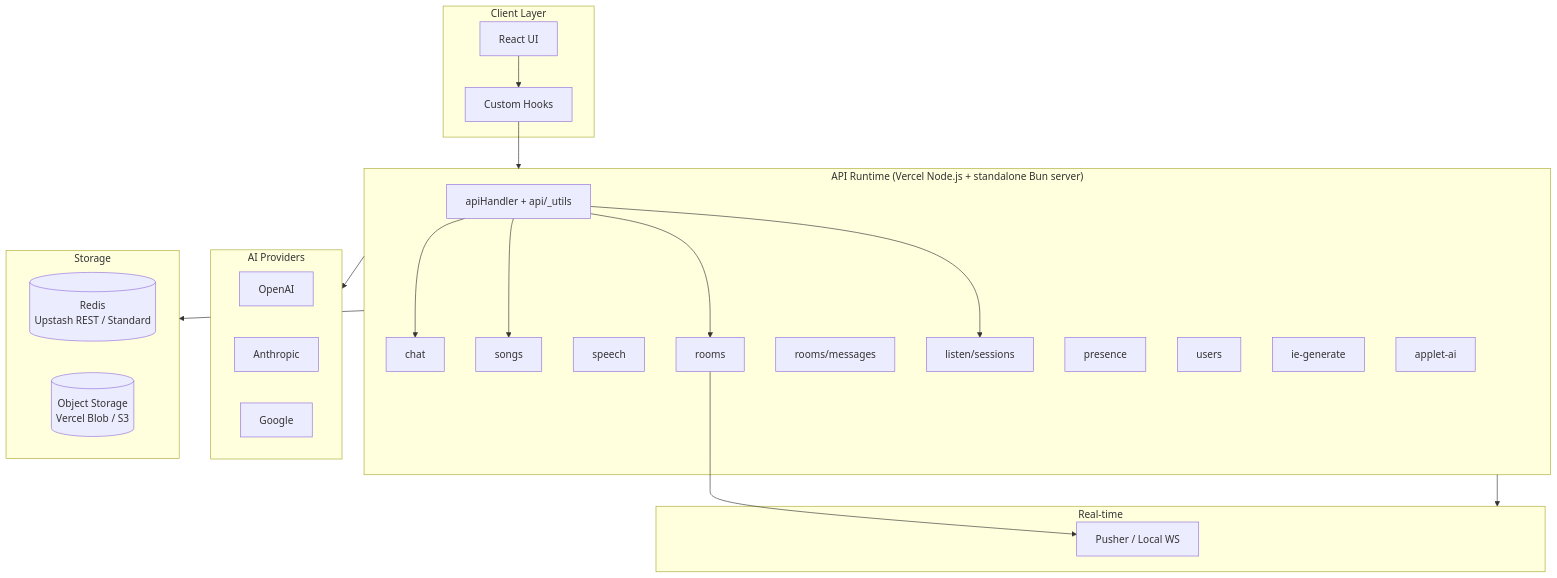
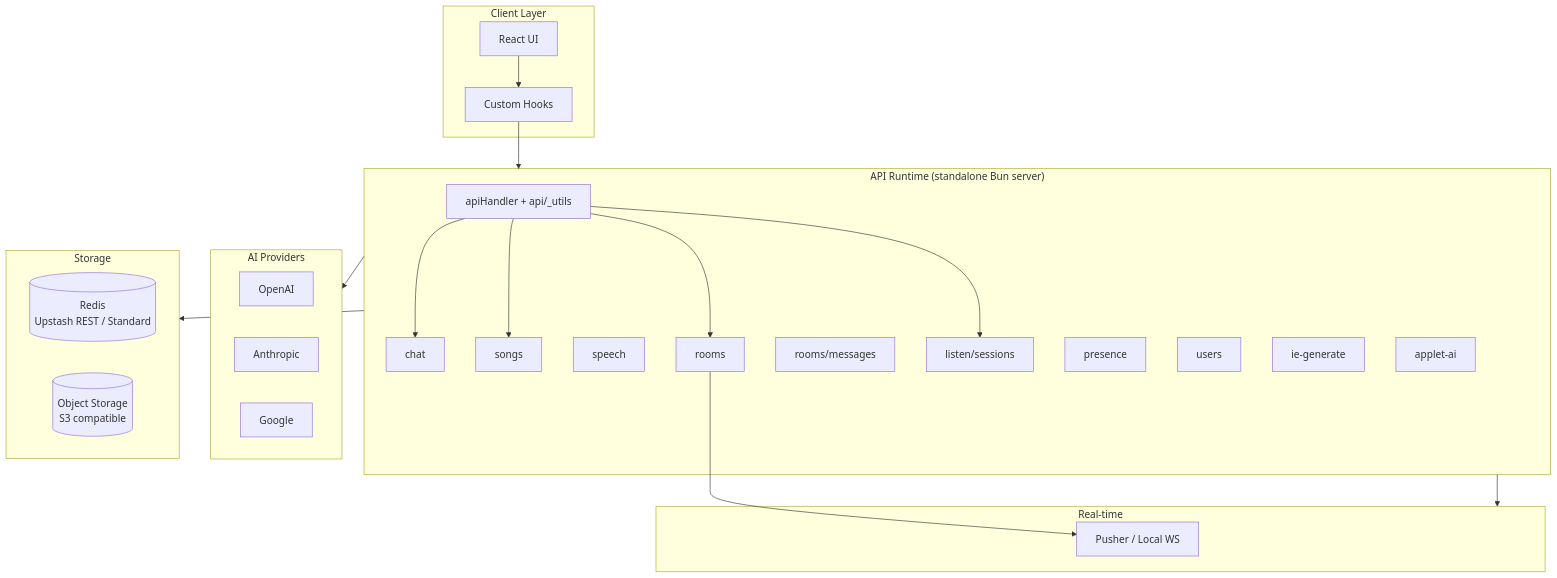
The first of 3 diagrams in docs/1.2-api-architecture.md (ryokun6/ryos), drawn with Mermaid before and after one commit. The commit also changed other lines of this file and 221 other files, not shown here.

````diff
--- a/docs/1.2-api-architecture.md
+++ b/docs/1.2-api-architecture.md
@@ -7,47 +7,47 @@
 ```mermaid
 graph TB
     subgraph Client["Client Layer"]
         UI[React UI]
         Hooks[Custom Hooks]
     end
     
-    subgraph API["API Runtime (Vercel Node.js + standalone Bun server)"]
+    subgraph API["API Runtime (standalone Bun server)"]
         Handler[apiHandler + api/_utils]
         ChatAPI[chat]
         SongAPI[songs]
         SpeechAPI[speech]
         RoomsAPI[rooms]
         MessagesAPI[rooms/messages]
         ListenAPI[listen/sessions]
         PresenceAPI[presence]
         UsersAPI[users]
         IEAPI[ie-generate]
         AppletAPI[applet-ai]
     end
     
     subgraph AI["AI Providers"]
         OpenAI[OpenAI]
         Anthropic[Anthropic]
         Google[Google]
     end
     
     subgraph Storage["Storage"]
         Redis[(Redis<br/>Upstash REST / Standard)]
-        ObjectStorage[(Object Storage<br/>Vercel Blob / S3)]
+        ObjectStorage[(Object Storage<br/>S3 compatible)]
     end
     
     subgraph Realtime["Real-time"]
         RealtimeProvider[Pusher / Local WS]
     end
     
     UI --> Hooks
     Hooks --> API
     Handler --> ChatAPI
     Handler --> SongAPI
     Handler --> RoomsAPI
     Handler --> ListenAPI
     API --> AI
     API --> Storage
     API --> Realtime
     RoomsAPI --> RealtimeProvider
 ```
````
